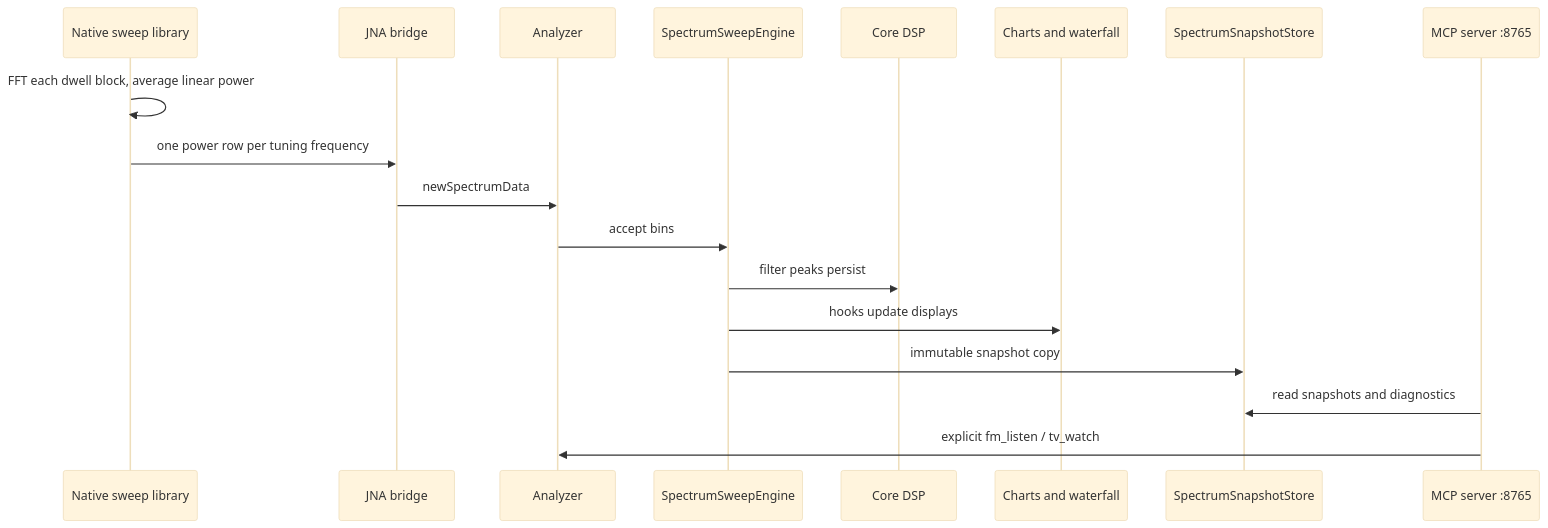
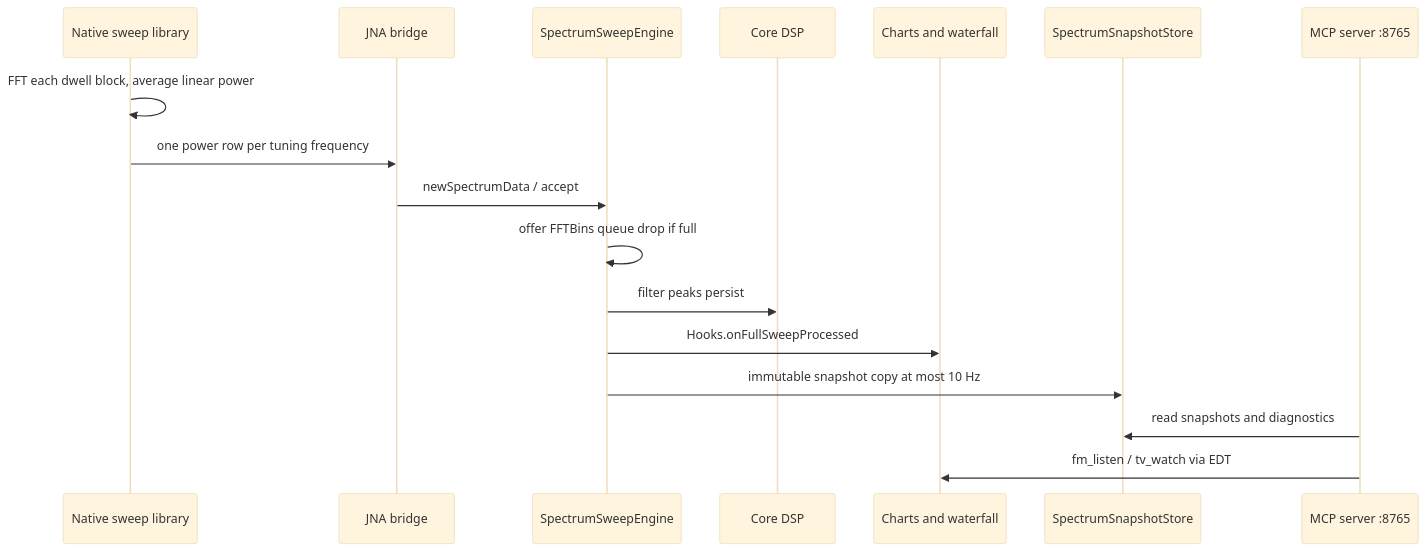
One commit to chris-piekarski/hot-iron changed the third of 7 diagrams in docs/architecture.md. Above: the diagram before and after it, drawn with Mermaid (base theme). The commit also changed other lines of this file and 133 other files, not shown here.

````diff
--- a/docs/architecture.md
+++ b/docs/architecture.md
@@ -71,21 +108,20 @@
 ```mermaid
 sequenceDiagram
     participant Native as Native sweep library
     participant Bridge as JNA bridge
-    participant Analyzer as Analyzer
     participant Engine as SpectrumSweepEngine
     participant DSP as Core DSP
     participant UI as Charts and waterfall
     participant Store as SpectrumSnapshotStore
     participant MCP as MCP server :8765
 
     Native->>Native: FFT each dwell block, average linear power
     Native->>Bridge: one power row per tuning frequency
-    Bridge->>Analyzer: newSpectrumData
-    Analyzer->>Engine: accept bins
+    Bridge->>Engine: newSpectrumData / accept
+    Engine->>Engine: offer FFTBins queue drop if full
     Engine->>DSP: filter peaks persist
-    Engine->>UI: hooks update displays
-    Engine->>Store: immutable snapshot copy
+    Engine->>UI: Hooks.onFullSweepProcessed
+    Engine->>Store: immutable snapshot copy at most 10 Hz
     MCP->>Store: read snapshots and diagnostics
-    MCP->>Analyzer: explicit fm_listen / tv_watch
+    MCP->>UI: fm_listen / tv_watch via EDT
 ```
````
